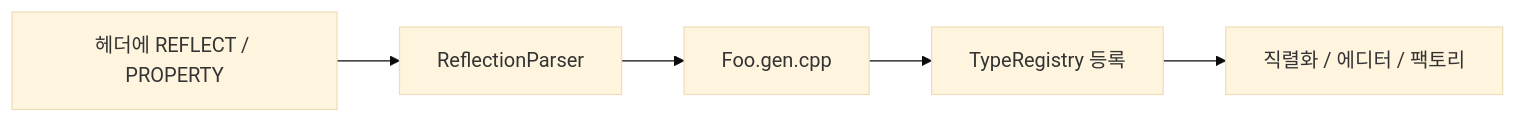
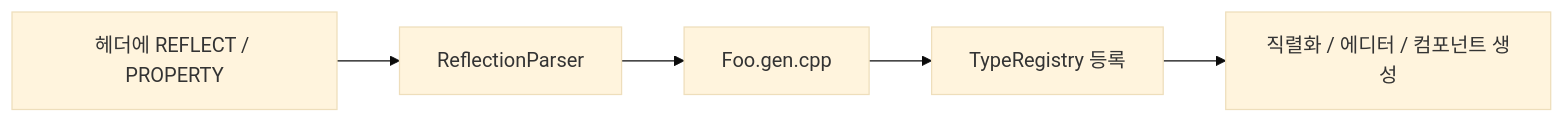
Before and after one commit to sswgame/LearningTemplate: the first of 2 diagrams in Source/Engine/Reflection/README.md, drawn with Mermaid (base theme). The commit also changed other lines of this file and 3 other files, not shown here.

````diff
--- a/Source/Engine/Reflection/README.md
+++ b/Source/Engine/Reflection/README.md
@@ -23,7 +23,7 @@
 ```mermaid
 flowchart LR
   H["헤더에 REFLECT / PROPERTY"] --> P[ReflectionParser]
   P --> G["Foo.gen.cpp"]
   G --> R[TypeRegistry 등록]
-  R --> S[직렬화 / 에디터 / 팩토리]
+  R --> S[직렬화 / 에디터 / 컴포넌트 생성]
 ```
````
